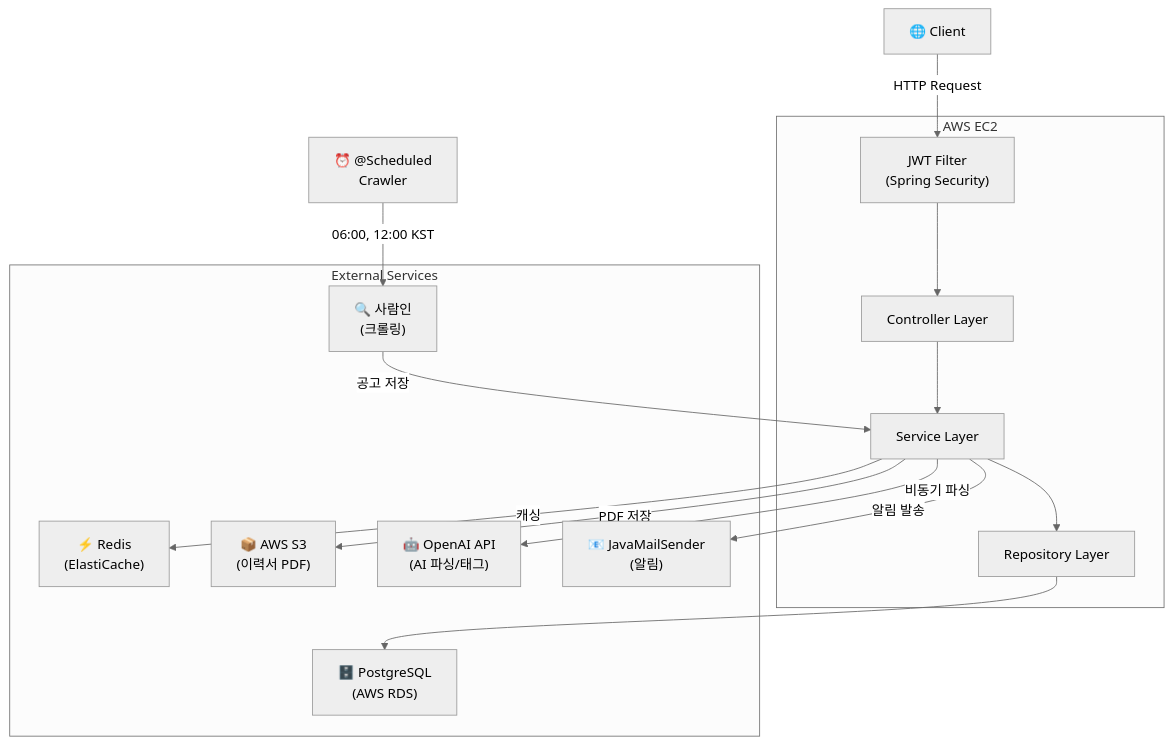
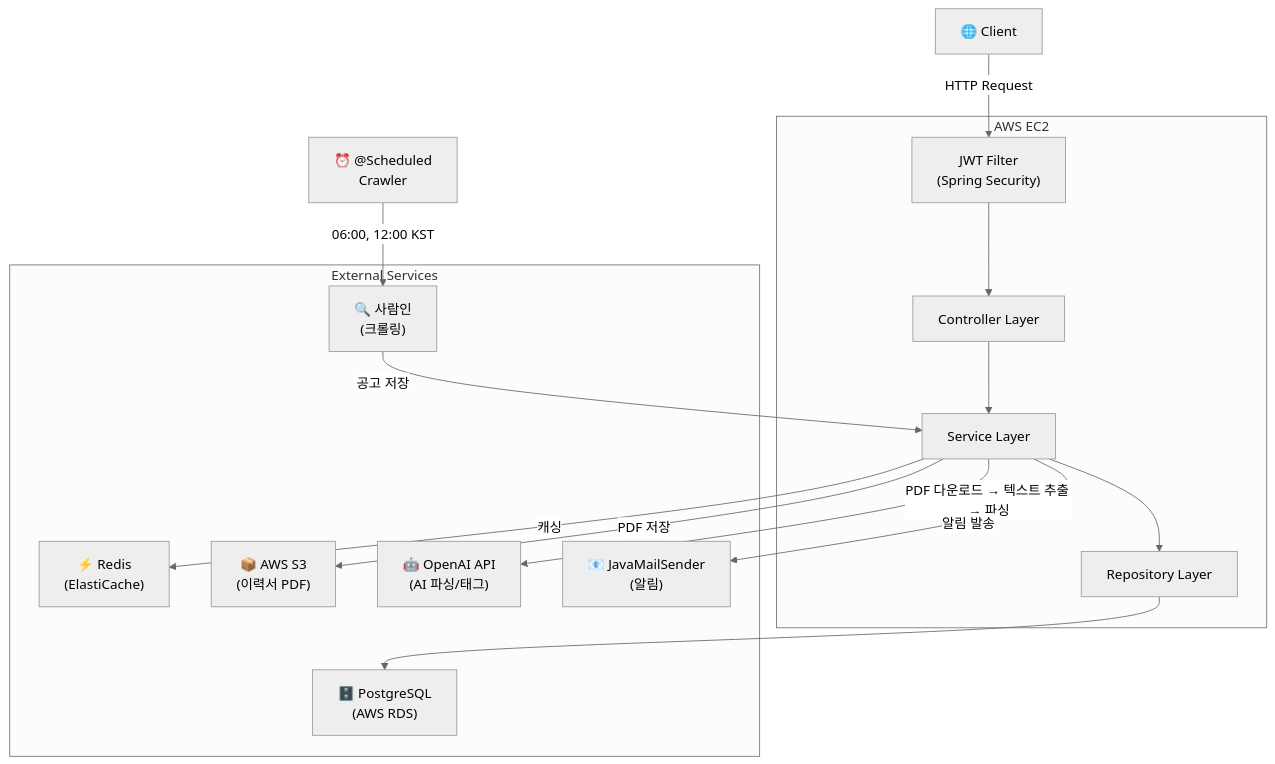
Before and after one commit to juheehee/hireflow: the first of 3 diagrams in README.md, drawn with Mermaid (neutral theme). The commit also changed other lines of this file, not shown here.

Commit message:
docs: update README with PDF extraction and package structure changes

````diff
--- a/README.md
+++ b/README.md
@@ -68,34 +69,34 @@
 ```mermaid
 flowchart TD
     Client["🌐 Client"]
     
     subgraph EC2["AWS EC2"]
         Filter["JWT Filter\n(Spring Security)"]
         Controller["Controller Layer"]
         Service["Service Layer"]
         Repository["Repository Layer"]
     end
     
     subgraph External["External Services"]
         RDS["🗄️ PostgreSQL\n(AWS RDS)"]
         Redis["⚡ Redis\n(ElastiCache)"]
         S3["📦 AWS S3\n(이력서 PDF)"]
         OpenAI["🤖 OpenAI API\n(AI 파싱/태그)"]
         Mail["📧 JavaMailSender\n(알림)"]
         Saramin["🔍 사람인\n(크롤링)"]
     end
 
     Scheduler["⏰ @Scheduled\nCrawler"]
 
     Client -->|"HTTP Request"| Filter
     Filter --> Controller
     Controller --> Service
     Service --> Repository
     Repository --> RDS
     Service -->|"캐싱"| Redis
     Service -->|"PDF 저장"| S3
-    Service -->|"비동기 파싱"| OpenAI
+    Service -->|"PDF 다운로드 → 텍스트 추출 → 파싱"| OpenAI
     Service -->|"알림 발송"| Mail
     Scheduler -->|"06:00, 12:00 KST"| Saramin
     Saramin -->|"공고 저장"| Service
 ```
````
